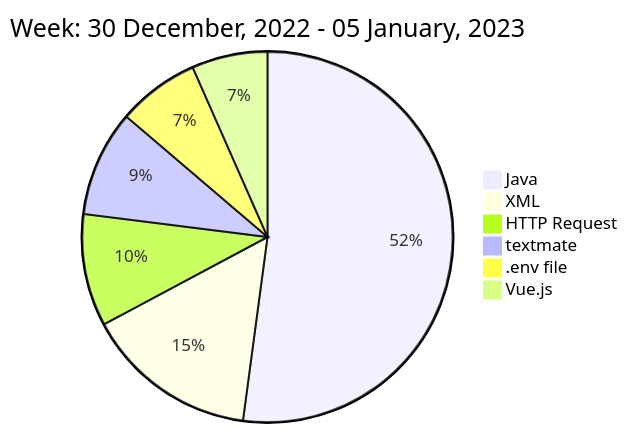
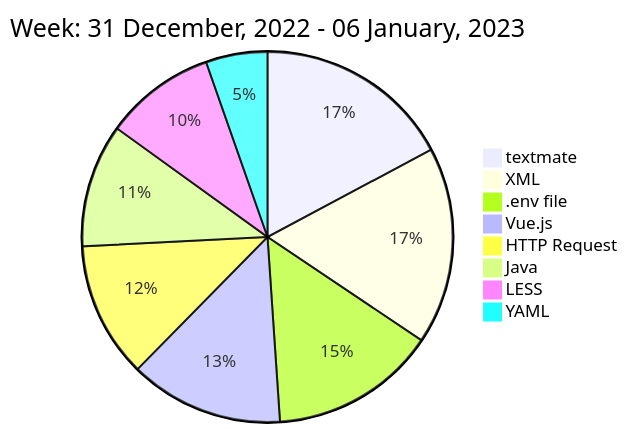
The diagram in README.md (liubin95/liubin95), drawn with Mermaid before and after one commit.

Commit message:
Updated the Graph with new Metrics

````diff
--- a/README.md
+++ b/README.md
@@ -40,10 +40,12 @@
 ```mermaid
  pie
-title Week: 30 December, 2022 - 05 January, 2023
- "Java" : 1.97
- "XML" : 0.57
- "HTTP Request" : 0.37
- "textmate" : 0.35
+title Week: 31 December, 2022 - 06 January, 2023
+ "textmate" : 0.32
+ "XML" : 0.32
  ".env file" : 0.27
  "Vue.js" : 0.25
+ "HTTP Request" : 0.22
+ "Java" : 0.2
+ "LESS" : 0.18
+ "YAML" : 0.1
 ```
````
